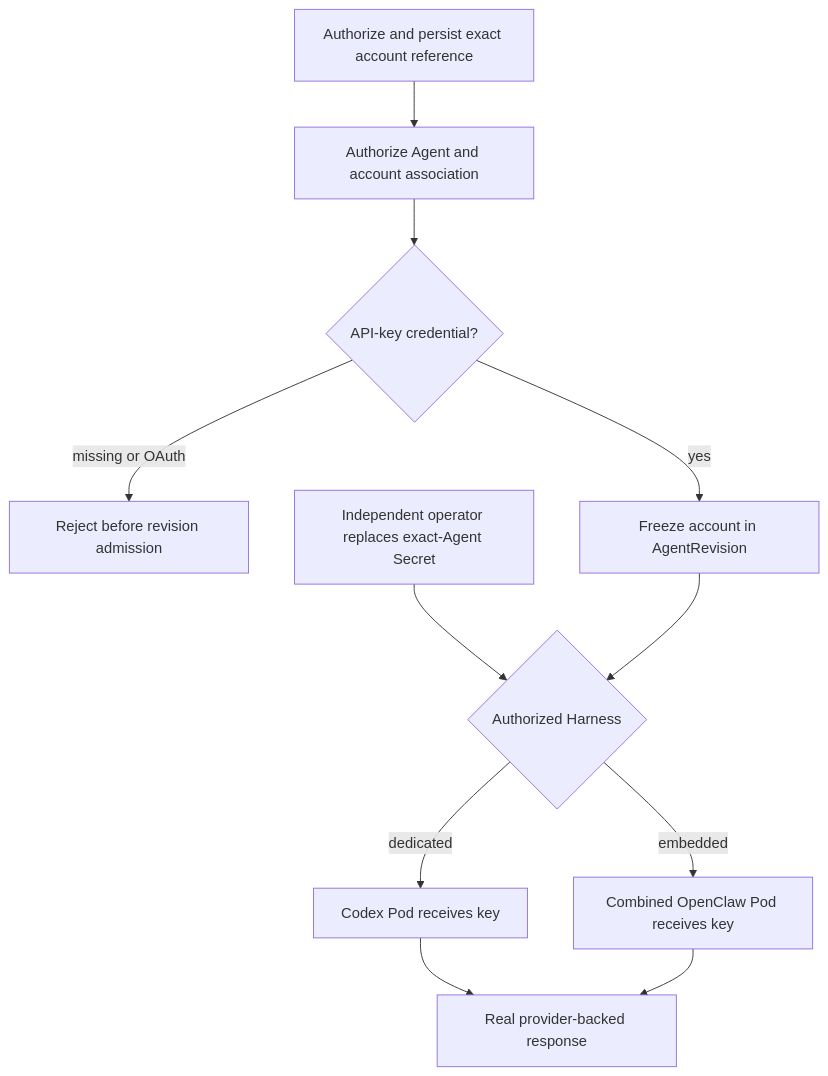
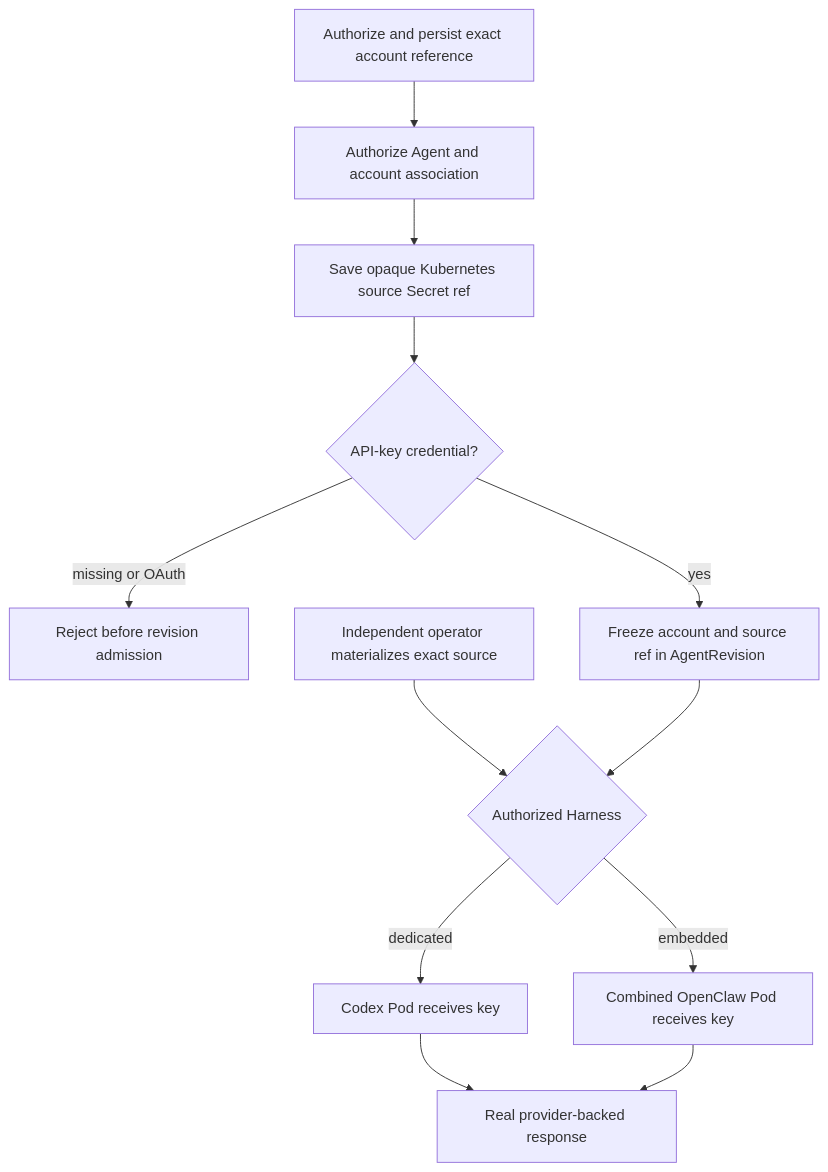
Before and after one commit to IsaiahStapleton/openclaw-enterprise: the diagram in docs/flows/native-service-account-credential-delivery.md, drawn with Mermaid. The commit also changed other lines of this file and 23 other files, not shown here.

Commit message:
docs: consolidate and correct runtime flow documentation

````diff
--- a/docs/flows/native-service-account-credential-delivery.md
+++ b/docs/flows/native-service-account-credential-delivery.md
@@ -26,13 +31,14 @@
 ```mermaid
 graph TD
   A["Authorize and persist exact account reference"] --> B["Authorize Agent and account association"]
-  B --> C{"API-key credential?"}
-  C -->|missing or OAuth| D["Reject before revision admission"]
-  C -->|yes| E["Freeze account in AgentRevision"]
-  F["Independent operator replaces exact-Agent Secret"] --> G{"Authorized Harness"}
-  E --> G
-  G -->|dedicated| H["Codex Pod receives key"]
-  G -->|embedded| I["Combined OpenClaw Pod receives key"]
-  H --> J["Real provider-backed response"]
-  I --> J
+  B --> C["Save opaque Kubernetes source Secret ref"]
+  C --> D{"API-key credential?"}
+  D -->|missing or OAuth| E["Reject before revision admission"]
+  D -->|yes| F["Freeze account and source ref in AgentRevision"]
+  G["Independent operator materializes exact source"] --> H{"Authorized Harness"}
+  F --> H
+  H -->|dedicated| I["Codex Pod receives key"]
+  H -->|embedded| J["Combined OpenClaw Pod receives key"]
+  I --> K["Real provider-backed response"]
+  J --> K
 ```
````
